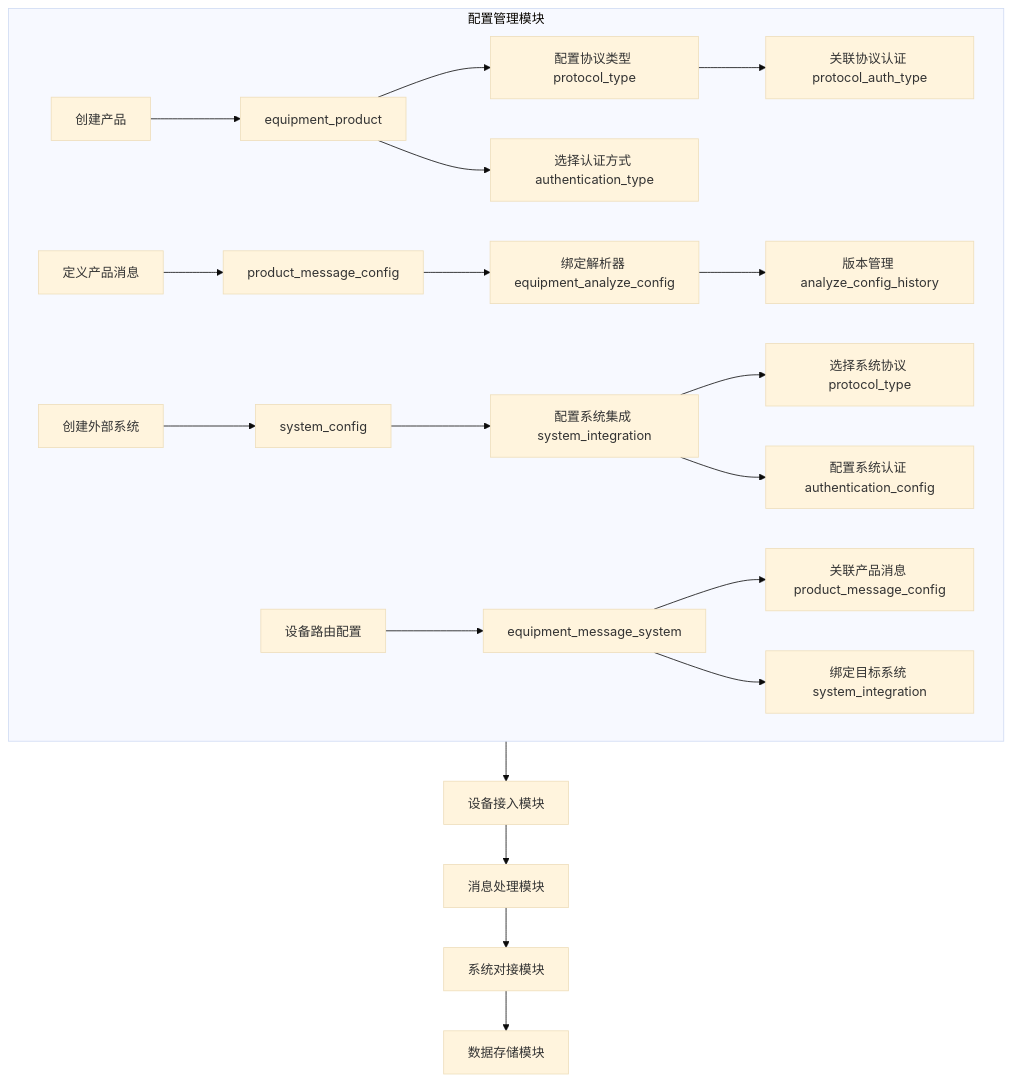
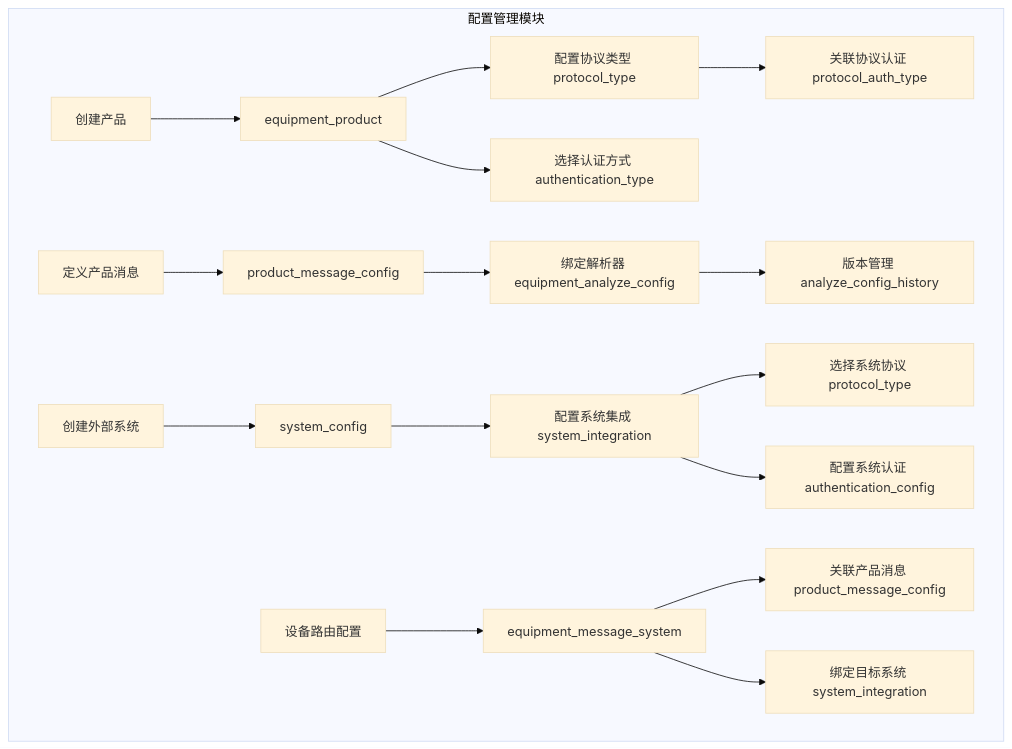
One commit to fuyong859050943/iodraw-files changed the diagram in all/未命名-5.md. Above: the diagram before and after it, drawn with Mermaid (base theme).

Commit message:
2025-02-25 17:37:26 update

````diff
--- a/all/未命名-5.md
+++ b/all/未命名-5.md
@@ -1,28 +1,23 @@
 ```mermaid
 flowchart TD
     subgraph 配置管理模块
         A1[创建产品] --> A2[equipment_product]
         A2 --> A3[配置协议类型 protocol_type]
         A2 --> A4[选择认证方式 authentication_type]
         A3 --> A5[关联协议认证 protocol_auth_type]
         
         B1[定义产品消息] --> B2[product_message_config]
         B2 --> B3[绑定解析器 equipment_analyze_config]
         B3 --> B4[版本管理 analyze_config_history]
         
         C1[创建外部系统] --> C2[system_config]
         C2 --> C3[配置系统集成 system_integration]
         C3 --> C4[选择系统协议 protocol_type]
         C3 --> C5[配置系统认证 authentication_config]
         
         D1[设备路由配置] --> D2[equipment_message_system]
         D2 --> D3[关联产品消息 product_message_config]
         D2 --> D4[绑定目标系统 system_integration]
     end
 
-    
-    配置管理模块 --> 设备接入模块
-    设备接入模块 --> 消息处理模块
-    消息处理模块 --> 系统对接模块
-    系统对接模块 --> 数据存储模块
 ```
````
